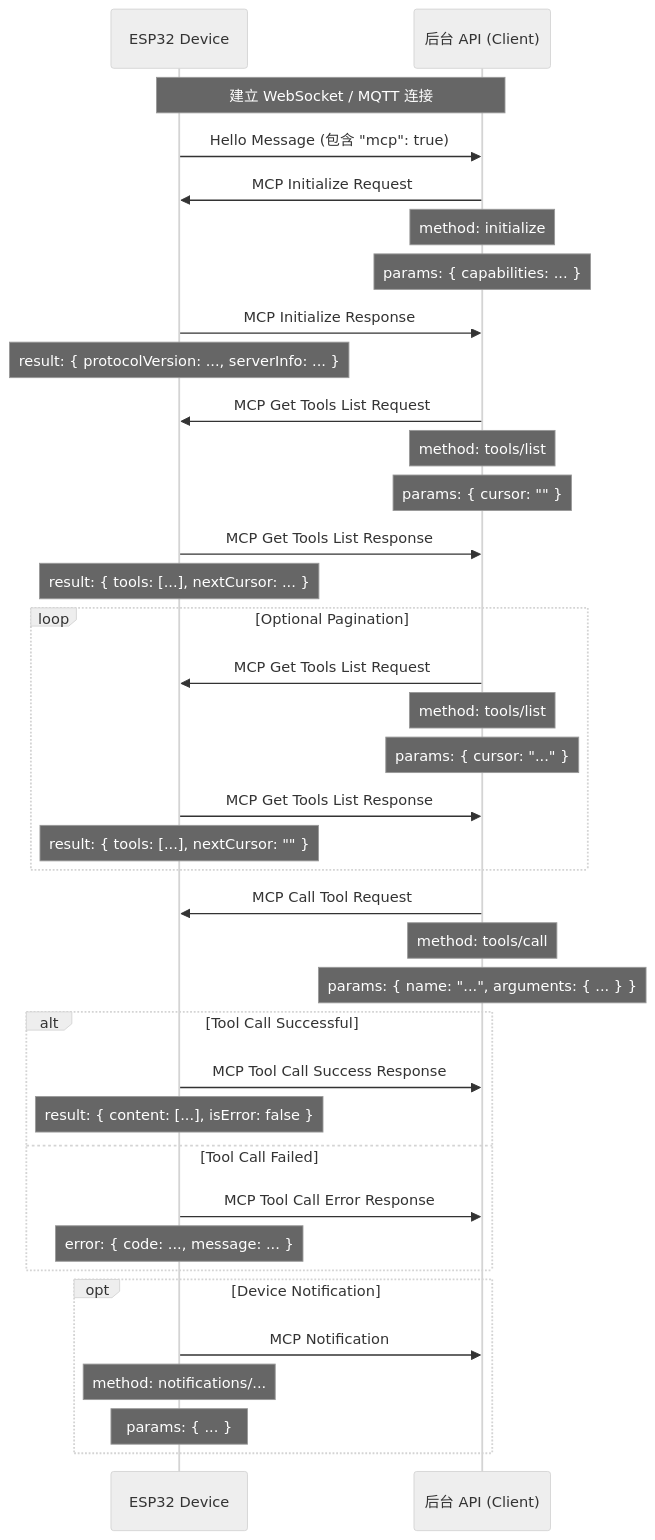
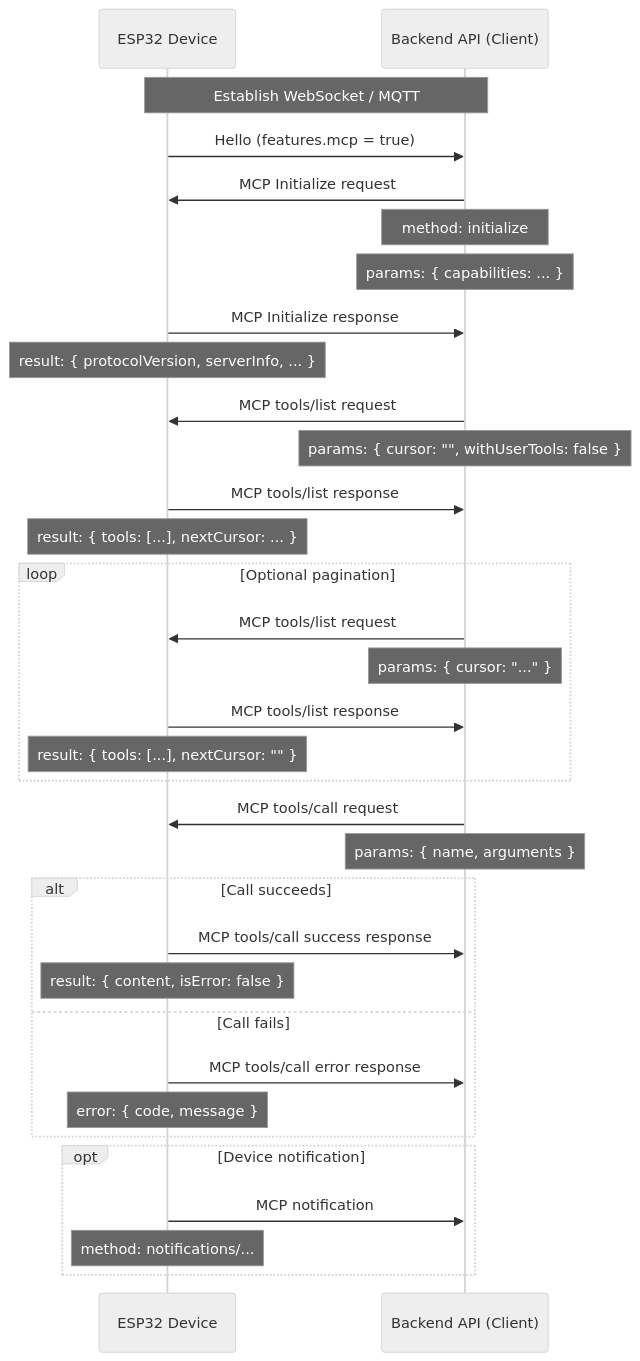
One commit to NologoTech/xingzhi-metal-1.54 changed the diagram in docs/mcp-protocol.md. Above: the diagram before and after it, drawn with Mermaid (neutral theme). The commit also changed other lines of this file and 1322 other files, not shown here.

````diff
--- a/docs/mcp-protocol.md
+++ b/docs/mcp-protocol.md
@@ -219,49 +224,45 @@
 ```mermaid
 sequenceDiagram
     participant Device as ESP32 Device
-    participant BackendAPI as 后台 API (Client)
+    participant BackendAPI as Backend API (Client)
 
-    Note over Device, BackendAPI: 建立 WebSocket / MQTT 连接
+    Note over Device, BackendAPI: Establish WebSocket / MQTT
 
-    Device->>BackendAPI: Hello Message (包含 "mcp": true)
+    Device->>BackendAPI: Hello (features.mcp = true)
 
-    BackendAPI->>Device: MCP Initialize Request
+    BackendAPI->>Device: MCP Initialize request
     Note over BackendAPI: method: initialize
     Note over BackendAPI: params: { capabilities: ... }
 
-    Device->>BackendAPI: MCP Initialize Response
-    Note over Device: result: { protocolVersion: ..., serverInfo: ... }
+    Device->>BackendAPI: MCP Initialize response
+    Note over Device: result: { protocolVersion, serverInfo, ... }
 
-    BackendAPI->>Device: MCP Get Tools List Request
-    Note over BackendAPI: method: tools/list
-    Note over BackendAPI: params: { cursor: "" }
+    BackendAPI->>Device: MCP tools/list request
+    Note over BackendAPI: params: { cursor: "", withUserTools: false }
 
-    Device->>BackendAPI: MCP Get Tools List Response
+    Device->>BackendAPI: MCP tools/list response
     Note over Device: result: { tools: [...], nextCursor: ... }
 
-    loop Optional Pagination
-        BackendAPI->>Device: MCP Get Tools List Request
-        Note over BackendAPI: method: tools/list
+    loop Optional pagination
+        BackendAPI->>Device: MCP tools/list request
         Note over BackendAPI: params: { cursor: "..." }
-        Device->>BackendAPI: MCP Get Tools List Response
+        Device->>BackendAPI: MCP tools/list response
         Note over Device: result: { tools: [...], nextCursor: "" }
     end
 
-    BackendAPI->>Device: MCP Call Tool Request
-    Note over BackendAPI: method: tools/call
-    Note over BackendAPI: params: { name: "...", arguments: { ... } }
+    BackendAPI->>Device: MCP tools/call request
+    Note over BackendAPI: params: { name, arguments }
 
-    alt Tool Call Successful
-        Device->>BackendAPI: MCP Tool Call Success Response
-        Note over Device: result: { content: [...], isError: false }
-    else Tool Call Failed
-        Device->>BackendAPI: MCP Tool Call Error Response
-        Note over Device: error: { code: ..., message: ... }
+    alt Call succeeds
+        Device->>BackendAPI: MCP tools/call success response
+        Note over Device: result: { content, isError: false }
+    else Call fails
+        Device->>BackendAPI: MCP tools/call error response
+        Note over Device: error: { code, message }
     end
 
-    opt Device Notification
-        Device->>BackendAPI: MCP Notification
+    opt Device notification
+        Device->>BackendAPI: MCP notification
         Note over Device: method: notifications/...
-        Note over Device: params: { ... }
     end
 ```
````
